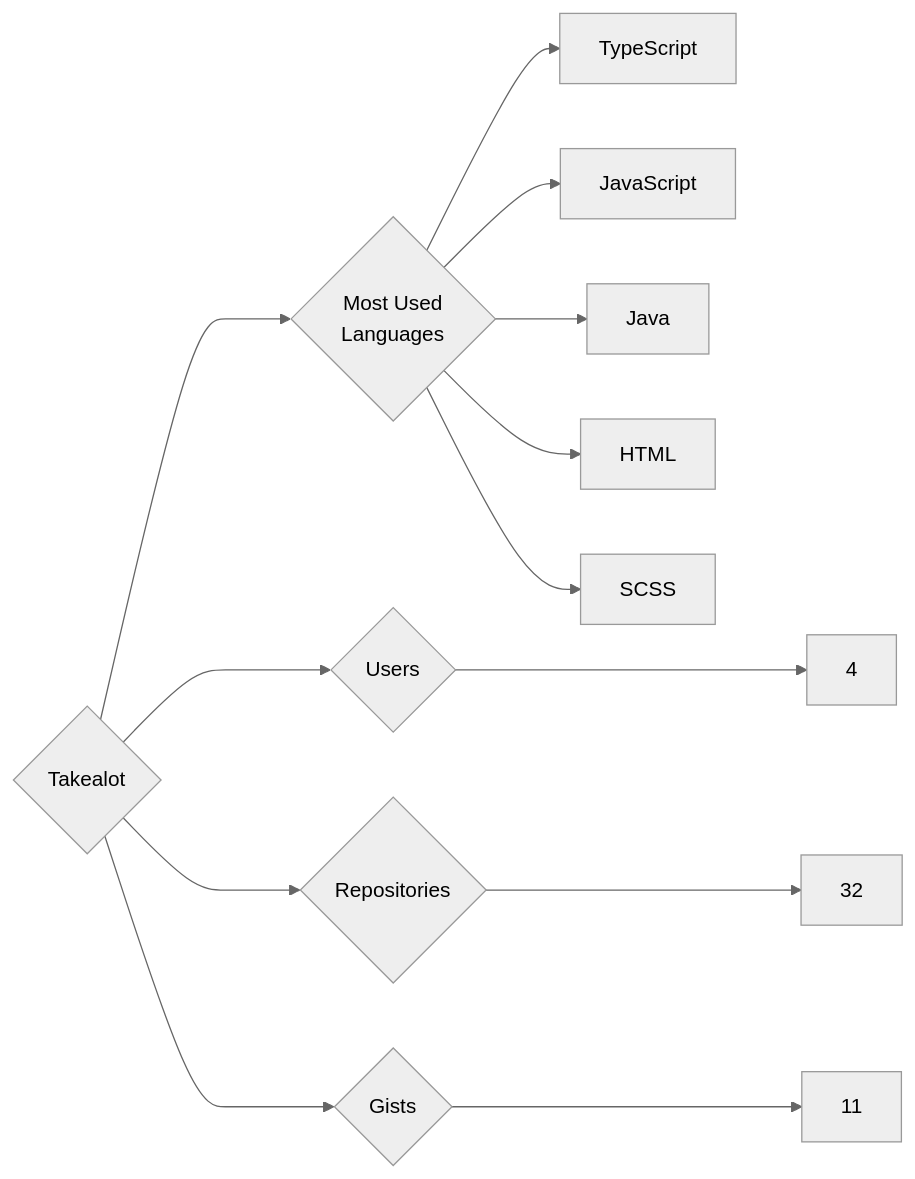
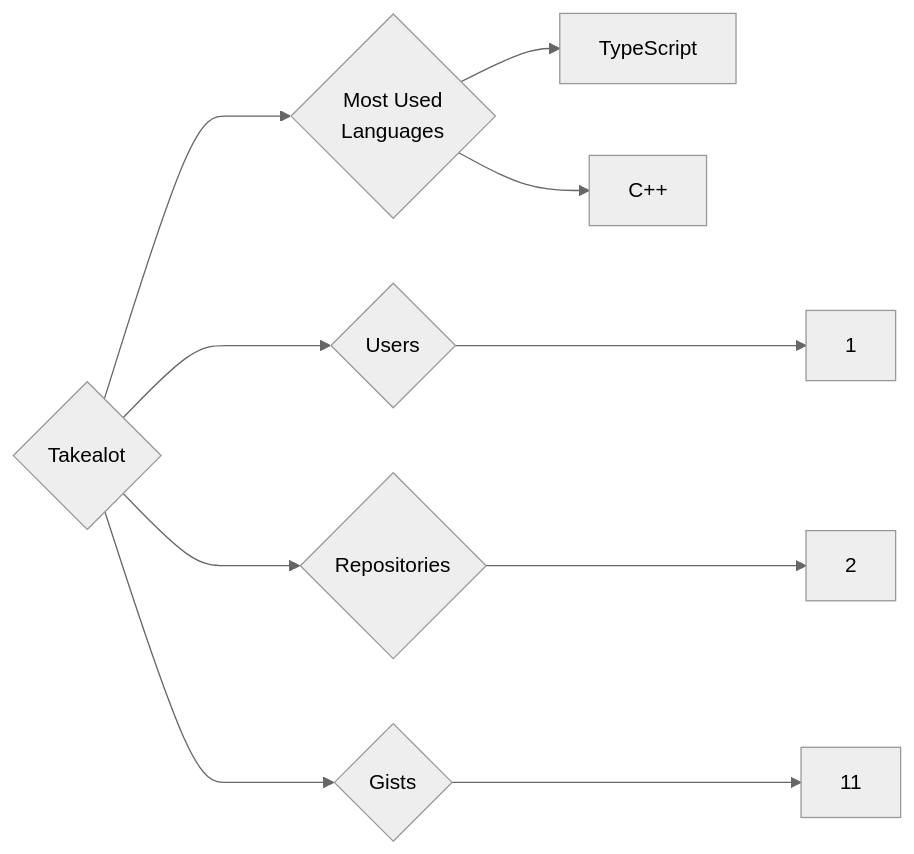
Before and after one commit to trickest/insiders: the diagram in targets/Takealot/README.md, drawn with Mermaid (neutral theme). The commit also changed 1248 other files, not shown here.

````diff
--- a/targets/Takealot/README.md
+++ b/targets/Takealot/README.md
@@ -3,13 +3,10 @@
 ```mermaid
 graph LR
 COMPANY_NAME{Takealot}
-COMPANY_NAME ---> U{Users} ---> UN[4]
-COMPANY_NAME ---> R{Repositories} ---> RN[32]
+COMPANY_NAME ---> U{Users} ---> UN[1]
+COMPANY_NAME ---> R{Repositories} ---> RN[2]
 COMPANY_NAME ---> G{Gists} ---> GN[11]
 COMPANY_NAME ---> ML{Most Used<br>Languages}
 ML --> TypeScript[TypeScript]
-ML --> JavaScript[JavaScript]
-ML --> Java[Java]
-ML --> HTML[HTML]
-ML --> SCSS[SCSS]
+ML --> C++[C++]
 ```
````
